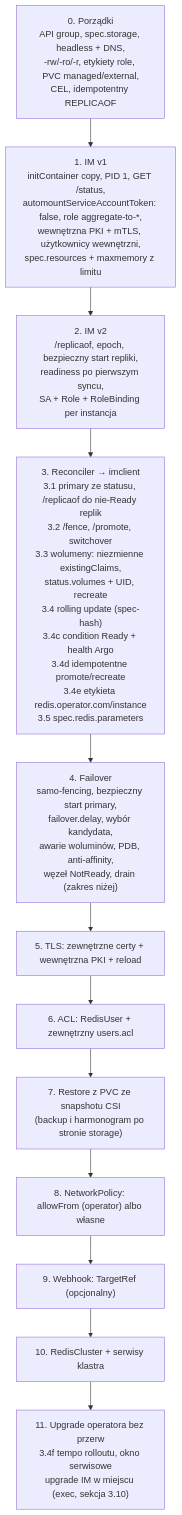
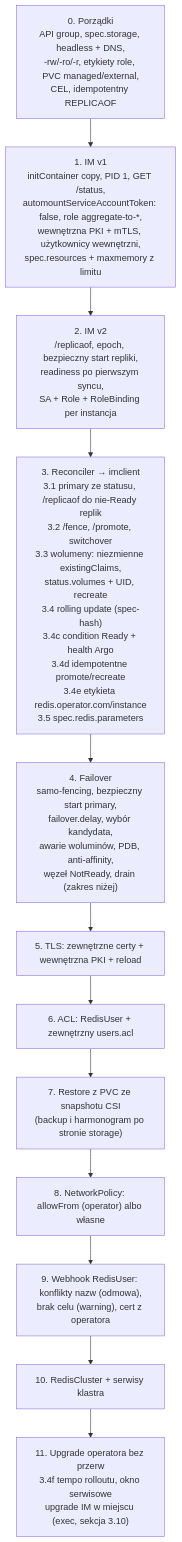
Before and after one commit to MrPickle311/redis-operator: the seventh of 7 diagrams in redis-operator-master-plan.md, drawn with Mermaid. The commit also changed other lines of this file and 16 other files, not shown here.

Commit message:
Added webhook scaffold for RedisUser

````diff
--- a/redis-operator-master-plan.md
+++ b/redis-operator-master-plan.md
@@ -934,16 +944,16 @@
 ```mermaid
 graph TD
     S0["0. Porządki<br/>API group, spec.storage, headless + DNS,<br/>-rw/-ro/-r, etykiety role, PVC managed/external,<br/>CEL, idempotentny REPLICAOF"]
     S1["1. IM v1<br/>initContainer copy, PID 1, GET /status,<br/>automountServiceAccountToken: false, role aggregate-to-*,<br/>wewnętrzna PKI + mTLS, użytkownicy wewnętrzni,<br/>spec.resources + maxmemory z limitu"]
     S2["2. IM v2<br/>/replicaof, epoch, bezpieczny start repliki,<br/>readiness po pierwszym syncu,<br/>SA + Role + RoleBinding per instancja"]
     S3["3. Reconciler → imclient<br/>3.1 primary ze statusu, /replicaof do nie-Ready replik<br/>3.2 /fence, /promote, switchover<br/>3.3 wolumeny: niezmienne existingClaims,<br/>status.volumes + UID, recreate<br/>3.4 rolling update (spec-hash)<br/>3.4c condition Ready + health Argo<br/>3.4d idempotentne promote/recreate<br/>3.4e etykieta redis.operator.com/instance<br/>3.5 spec.redis.parameters"]
     S4["4. Failover<br/>samo-fencing, bezpieczny start primary,<br/>failover.delay, wybór kandydata,<br/>awarie woluminów, PDB, anti-affinity,<br/>węzeł NotReady, drain (zakres niżej)"]
     S5["5. TLS: zewnętrzne certy + wewnętrzna PKI + reload"]
     S6["6. ACL: RedisUser + zewnętrzny users.acl"]
     S7["7. Restore z PVC ze snapshotu CSI<br/>(backup i harmonogram po stronie storage)"]
     S8["8. NetworkPolicy: allowFrom (operator) albo własne"]
-    S9["9. Webhook: TargetRef (opcjonalny)"]
+    S9["9. Webhook RedisUser: konflikty nazw (odmowa),<br/>brak celu (warning), cert z operatora"]
     S10["10. RedisCluster + serwisy klastra"]
     S11["11. Upgrade operatora bez przerw<br/>3.4f tempo rolloutu, okno serwisowe<br/>upgrade IM w miejscu (exec, sekcja 3.10)"]
     S0 --> S1 --> S2 --> S3 --> S4 --> S5 --> S6 --> S7 --> S8 --> S9 --> S10 --> S11
 ```
````
